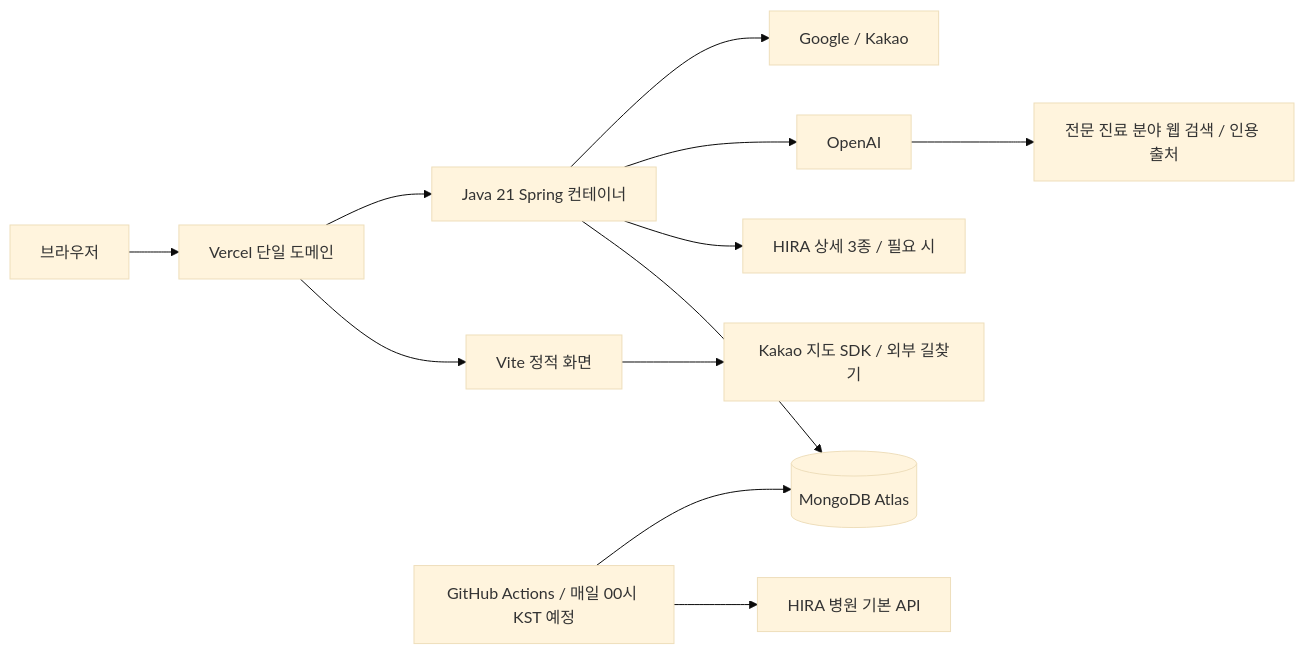
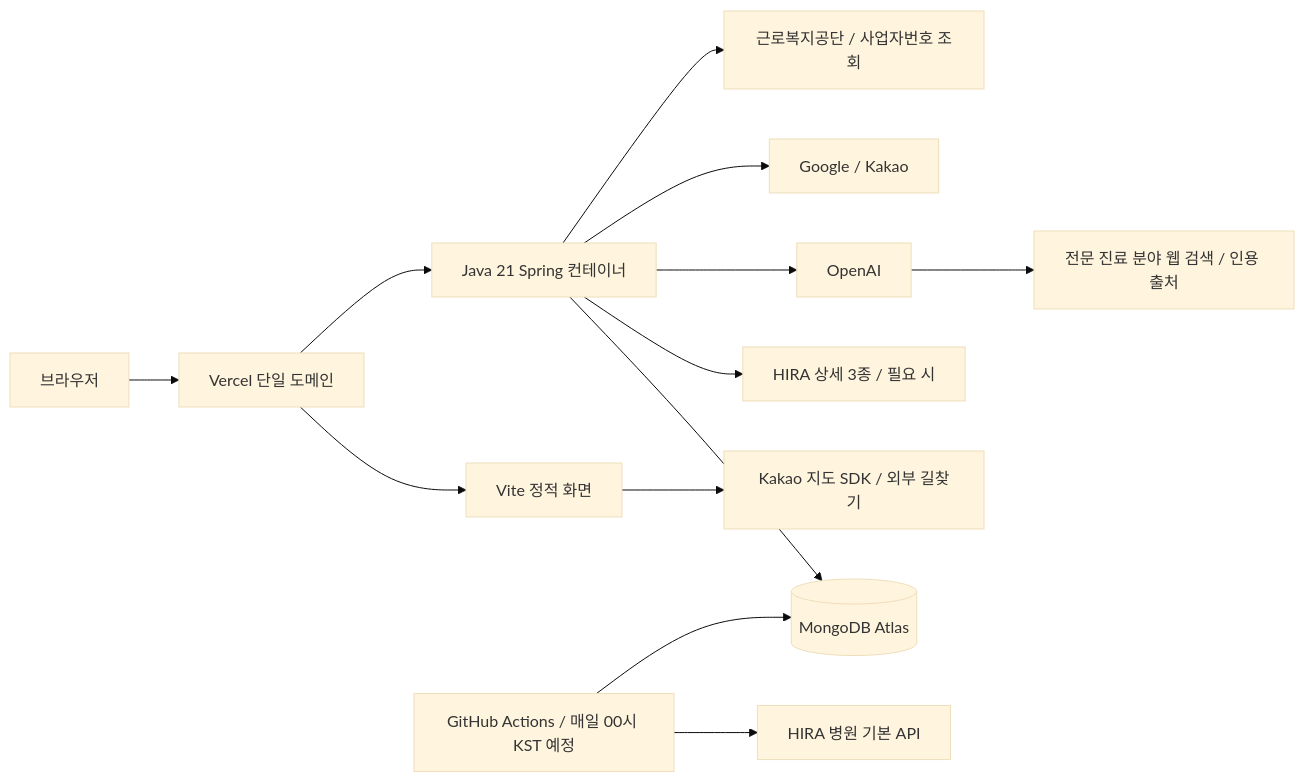
Before and after one commit to DavidPark04/hospital-reservation: the diagram in docs/architecture.md, drawn with Mermaid (base theme). The commit also changed other lines of this file and 46 other files, not shown here.

````diff
--- a/docs/architecture.md
+++ b/docs/architecture.md
@@ -5,14 +5,15 @@
 ```mermaid
 flowchart LR
     Browser[브라우저] --> Vercel[Vercel 단일 도메인]
     Vercel --> FE[Vite 정적 화면]
     Vercel --> BE[Java 21 Spring 컨테이너]
     BE --> DB[(MongoDB Atlas)]
     BE --> Detail[HIRA 상세 3종 / 필요 시]
     Sync[GitHub Actions / 매일 00시 KST 예정] --> Basic[HIRA 병원 기본 API]
     Sync --> DB
     BE --> AI[OpenAI]
     AI --> Web[전문 진료 분야 웹 검색 / 인용 출처]
     BE --> OAuth[Google / Kakao]
+    BE --> Business[근로복지공단 / 사업자번호 조회]
     FE --> Maps[Kakao 지도 SDK / 외부 길찾기]
 ```
````
